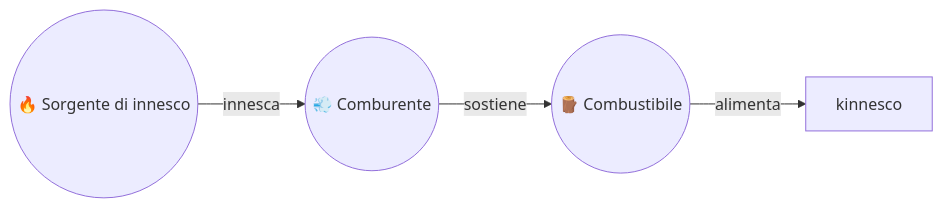
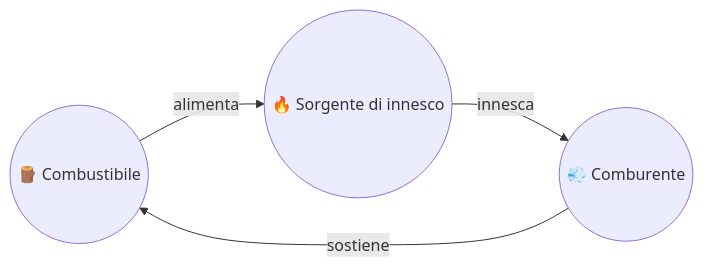
Before and after one commit to LoreB1998/Talent-AI-and-Data-Engineer-Academy: the diagram in Salute e sicurezza nei luogi di lavoro/sicurezza.qmd, drawn with Mermaid. The commit also changed 1 other file, not shown here.

Commit message:
Correzione del termine "kinnesco" in "innesco" nei file sicurezza.html e sicurezza.qmd

````diff
--- a/Salute e sicurezza nei luogi di lavoro/sicurezza.qmd
+++ b/Salute e sicurezza nei luogi di lavoro/sicurezza.qmd
@@ -212,10 +212,10 @@
 ```{mermaid}
 graph LR
     combustibile(("🪵 Combustibile"))
     comburente(("💨 Comburente"))
     innesco(("🔥 Sorgente di innesco"))
 
-    combustibile -->|"alimenta"| kinnesco
+    combustibile -->|"alimenta"| innesco
     innesco -->|"innesca"| comburente
     comburente -->|"sostiene"| combustibile
 ```
````
